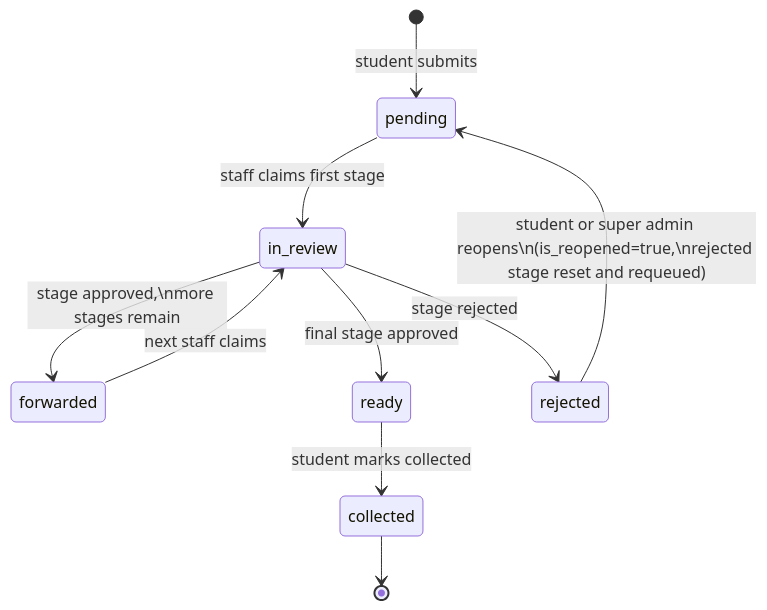
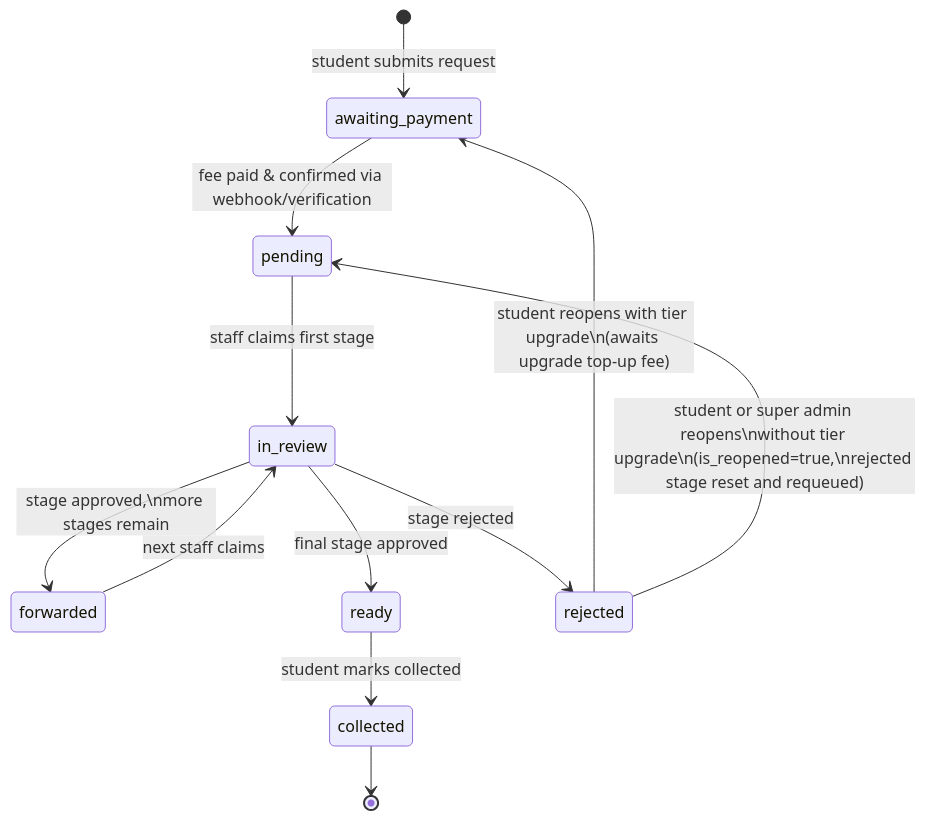
The second of 4 diagrams in Docs/DATABASE.md (Sama-Mokom/CampusDesk), drawn with Mermaid before and after one commit. The commit also changed other lines of this file and 1 other file, not shown here.

Commit message:
docs(payments): document payment schema, service tiers, and lifecycle states

````diff
--- a/Docs/DATABASE.md
+++ b/Docs/DATABASE.md
@@ -443,12 +564,14 @@
 ```mermaid
 stateDiagram-v2
-    [*] --> pending : student submits
+    [*] --> awaiting_payment : student submits request
+    awaiting_payment --> pending : fee paid & confirmed via webhook/verification
     pending --> in_review : staff claims first stage
     in_review --> forwarded : stage approved,\nmore stages remain
     forwarded --> in_review : next staff claims
     in_review --> ready : final stage approved
     in_review --> rejected : stage rejected
-    rejected --> pending : student or super admin reopens\n(is_reopened=true,\nrejected stage reset and requeued)
+    rejected --> awaiting_payment : student reopens with tier upgrade\n(awaits upgrade top-up fee)
+    rejected --> pending : student or super admin reopens\nwithout tier upgrade\n(is_reopened=true,\nrejected stage reset and requeued)
     ready --> collected : student marks collected
     collected --> [*]
 ```
````
